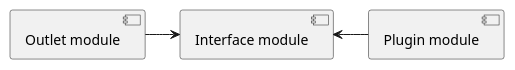
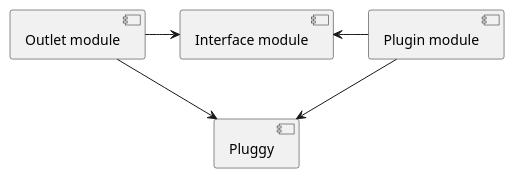
The diagram in assets/uml.pu (tatsuya-midorikawa/Pluggy), drawn with PlantUML before and after one commit. The commit also changed 2 other files, not shown here.

```diff
--- a/assets/uml.pu
+++ b/assets/uml.pu
@@ -1,6 +1,8 @@
 @startuml
 
 [Outlet module] -right-> [Interface module]
 [Plugin module] -left-> [Interface module]
 
+[Outlet module] --> [Pluggy]
+[Plugin module] --> [Pluggy]
 @enduml
```
